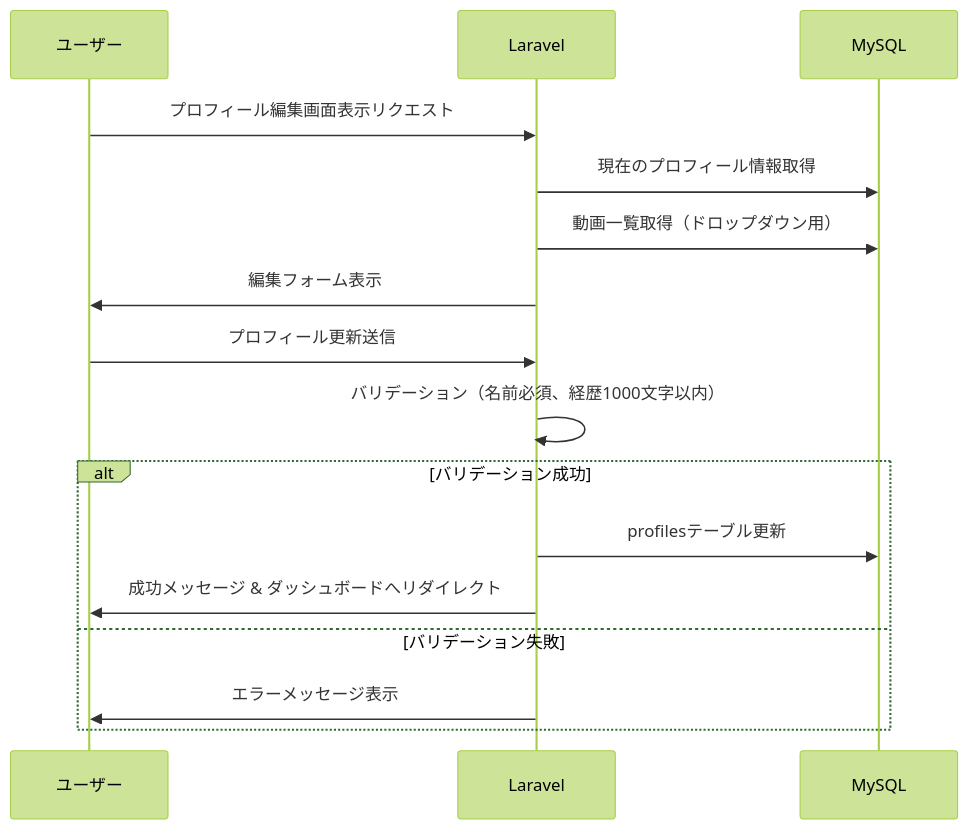
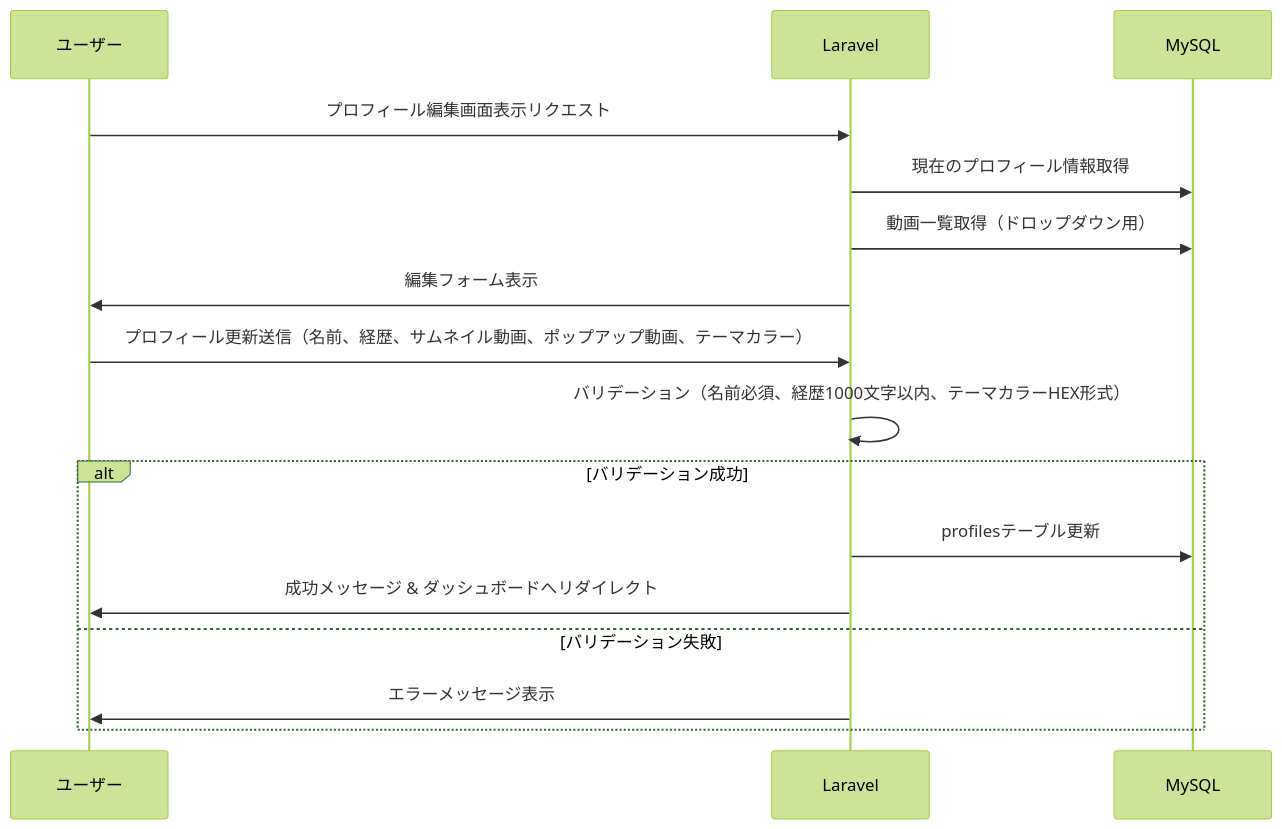
Before and after one commit to tetsu2026/movie-profile: the third of 7 diagrams in docs/design-docs/05_data_flow.md, drawn with Mermaid (forest theme). The commit also changed other lines of this file and 9 other files, not shown here.

````diff
--- a/docs/design-docs/05_data_flow.md
+++ b/docs/design-docs/05_data_flow.md
@@ -45,20 +45,20 @@
 ```mermaid
 sequenceDiagram
     participant U as ユーザー
     participant L as Laravel
     participant DB as MySQL
 
     U->>L: プロフィール編集画面表示リクエスト
     L->>DB: 現在のプロフィール情報取得
     L->>DB: 動画一覧取得（ドロップダウン用）
     L->>U: 編集フォーム表示
 
-    U->>L: プロフィール更新送信
-    L->>L: バリデーション（名前必須、経歴1000文字以内）
+    U->>L: プロフィール更新送信（名前、経歴、サムネイル動画、ポップアップ動画、テーマカラー）
+    L->>L: バリデーション（名前必須、経歴1000文字以内、テーマカラーHEX形式）
     alt バリデーション成功
         L->>DB: profilesテーブル更新
         L->>U: 成功メッセージ & ダッシュボードへリダイレクト
     else バリデーション失敗
         L->>U: エラーメッセージ表示
     end
 ```
````
